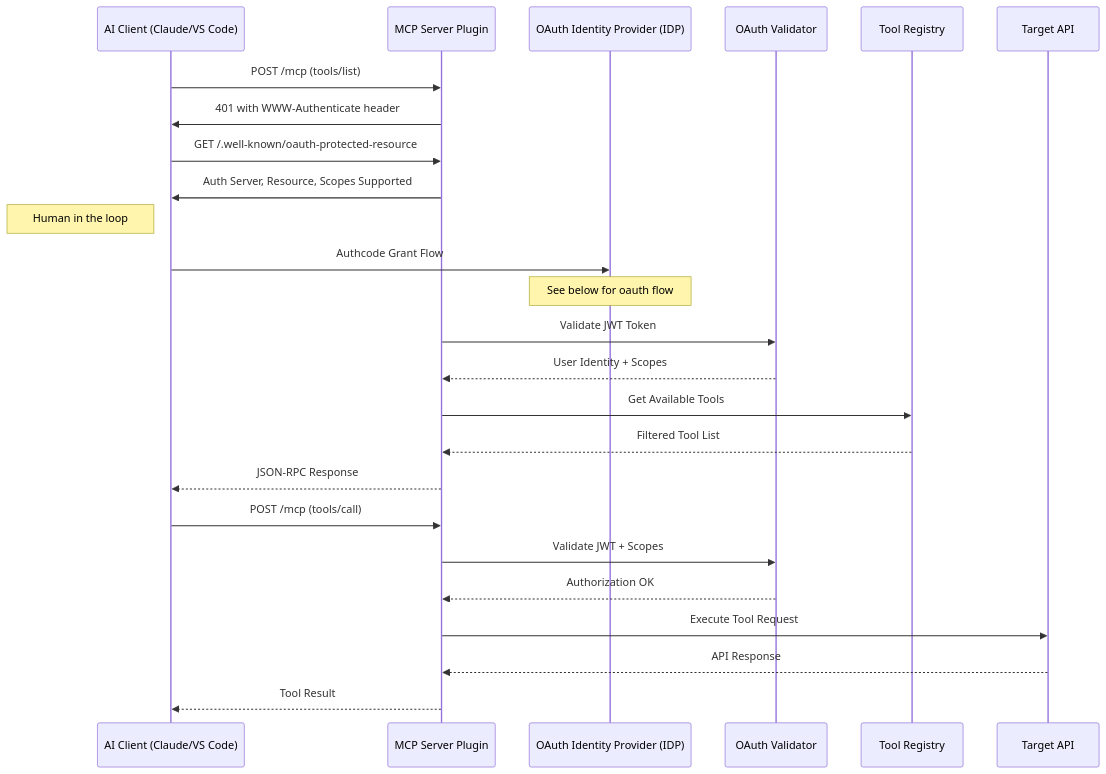
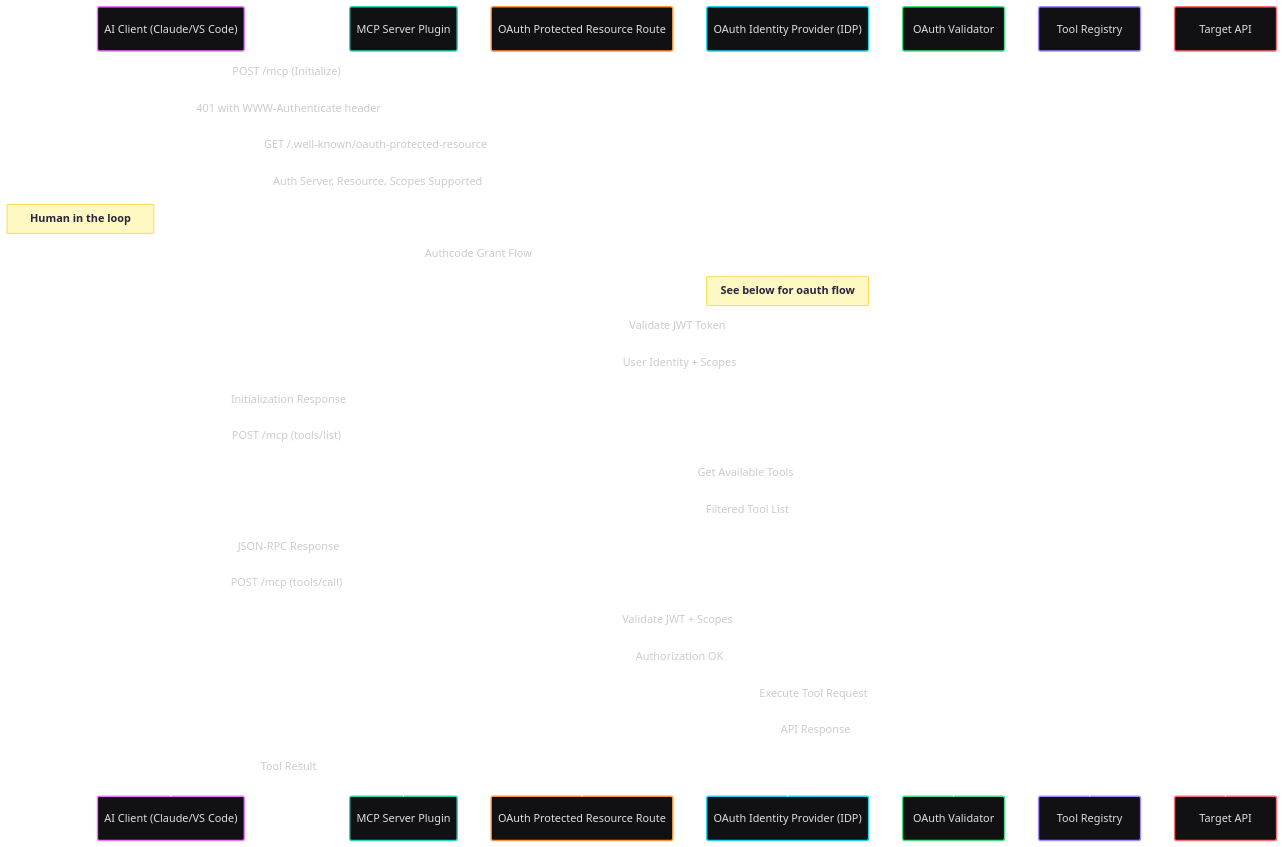
The second of 4 diagrams in README.md (kaheidt/kong-mcp-proxy-hackathon), drawn with Mermaid before and after one commit.

````diff
--- a/README.md
+++ b/README.md
@@ -129,29 +129,34 @@
 ```mermaid
+---
+config:
+  theme: redux-dark-color
+---
 sequenceDiagram
-    participant AI as AI Client (Claude/VS Code)
-    participant MCP as MCP Server Plugin
-    participant IDP as OAuth Identity Provider (IDP)
-    participant OAuth as OAuth Validator
-    participant Tool as Tool Registry
-    participant API as Target API
-
-    AI->>MCP: POST /mcp (tools/list)
-    MCP->>AI: 401 with WWW-Authenticate header
-    AI->>MCP: GET /.well-known/oauth-protected-resource
-    MCP->>AI: Auth Server, Resource, Scopes Supported
-    Note left of AI: Human in the loop
-    AI->>IDP: Authcode Grant Flow
-    Note over IDP: See below for oauth flow
-    MCP->>OAuth: Validate JWT Token
-    OAuth-->>MCP: User Identity + Scopes
-    MCP->>Tool: Get Available Tools
-    Tool-->>MCP: Filtered Tool List
-    MCP-->>AI: JSON-RPC Response
-
-    AI->>MCP: POST /mcp (tools/call)
-    MCP->>OAuth: Validate JWT + Scopes
-    OAuth-->>MCP: Authorization OK
-    MCP->>API: Execute Tool Request
-    API-->>MCP: API Response
-    MCP-->>AI: Tool Result
+  participant AI as AI Client (Claude/VS Code)
+  participant MCP as MCP Server Plugin
+  participant Resource as OAuth Protected Resource Route
+  participant IDP as OAuth Identity Provider (IDP)
+  participant OAuth as OAuth Validator
+  participant Tool as Tool Registry
+  participant API as Target API
+  AI ->> MCP: POST /mcp (Initialize)
+  MCP -->> AI: 401 with WWW-Authenticate header
+  AI ->> Resource: GET /.well-known/oauth-protected-resource
+  Resource -->> AI: Auth Server, Resource, Scopes Supported
+  Note left of AI: Human in the loop
+  AI ->> IDP: Authcode Grant Flow
+  Note over IDP: See below for oauth flow
+  MCP ->> OAuth: Validate JWT Token
+  OAuth -->> MCP: User Identity + Scopes
+  MCP -->> AI: Initialization Response
+  AI ->> MCP: POST /mcp (tools/list)
+  MCP ->> Tool: Get Available Tools
+  Tool -->> MCP: Filtered Tool List
+  MCP -->> AI: JSON-RPC Response
+  AI ->> MCP: POST /mcp (tools/call)
+  MCP ->> OAuth: Validate JWT + Scopes
+  OAuth -->> MCP: Authorization OK
+  MCP ->> API: Execute Tool Request
+  API -->> MCP: API Response
+  MCP -->> AI: Tool Result
 ```
````
